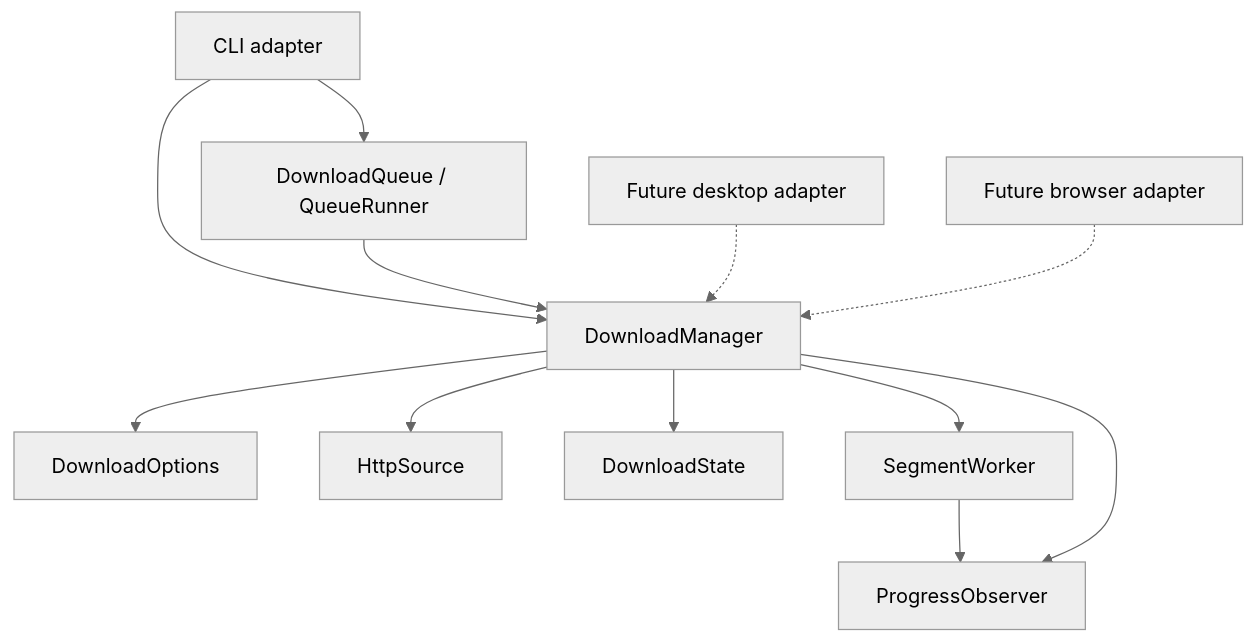
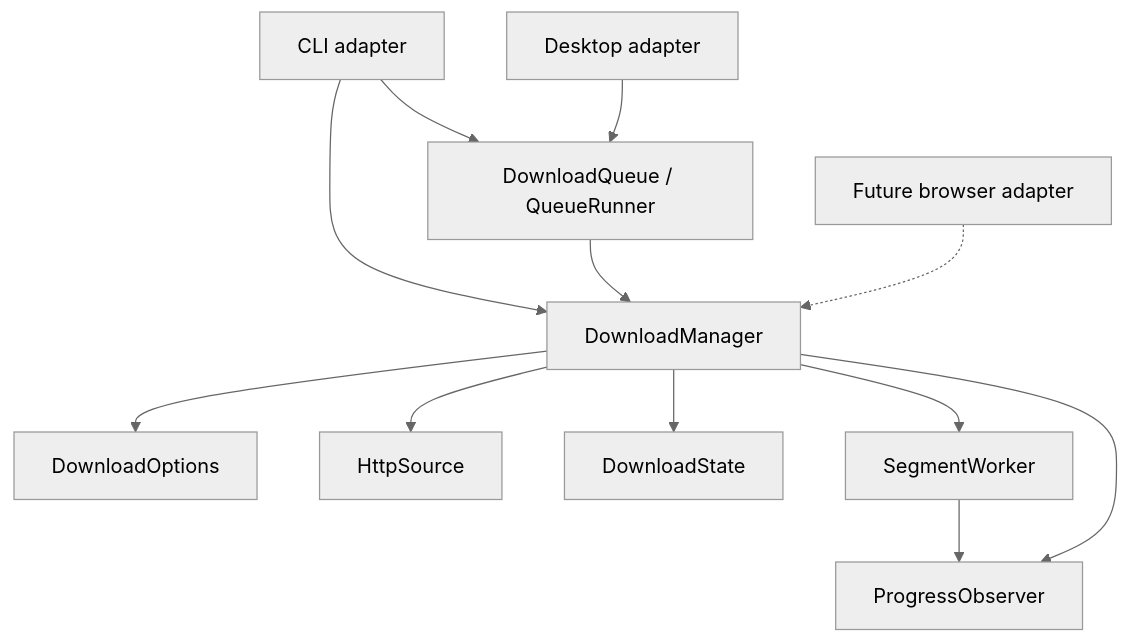
The diagram in docs/ARCHITECTURE.md (mahtab04/rustdm), drawn with Mermaid (neutral theme) before and after one commit. The commit also changed other lines of this file and 19 other files, not shown here.

````diff
--- a/docs/ARCHITECTURE.md
+++ b/docs/ARCHITECTURE.md
@@ -18,14 +18,14 @@
 ```mermaid
 flowchart TD
     CLI[CLI adapter] --> Manager[DownloadManager]
     CLI --> Queue[DownloadQueue / QueueRunner]
     Queue --> Manager
-    GUI[Future desktop adapter] -.-> Manager
+    GUI[Desktop adapter] --> Queue
     Browser[Future browser adapter] -.-> Manager
     Manager --> Options[DownloadOptions]
     Manager --> HTTP[HttpSource]
     Manager --> State[DownloadState]
     Manager --> Workers[SegmentWorker]
     Workers --> Observer[ProgressObserver]
     Manager --> Observer
 ```
````
